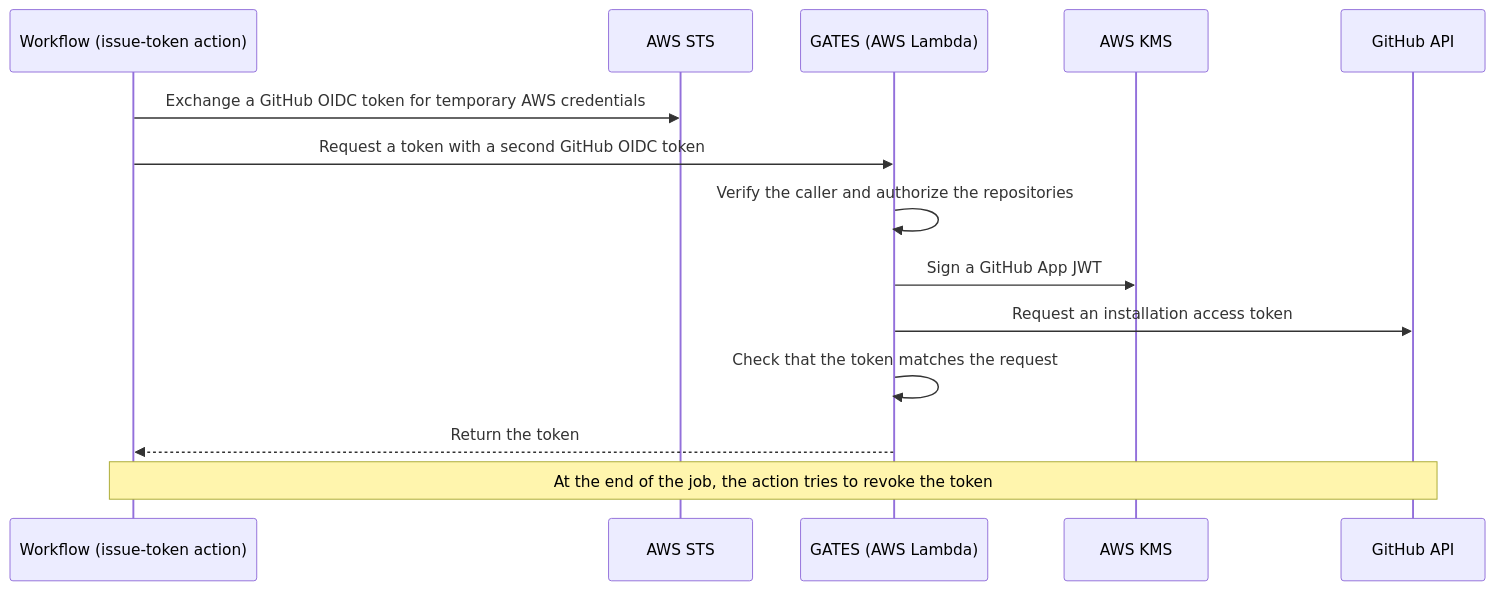
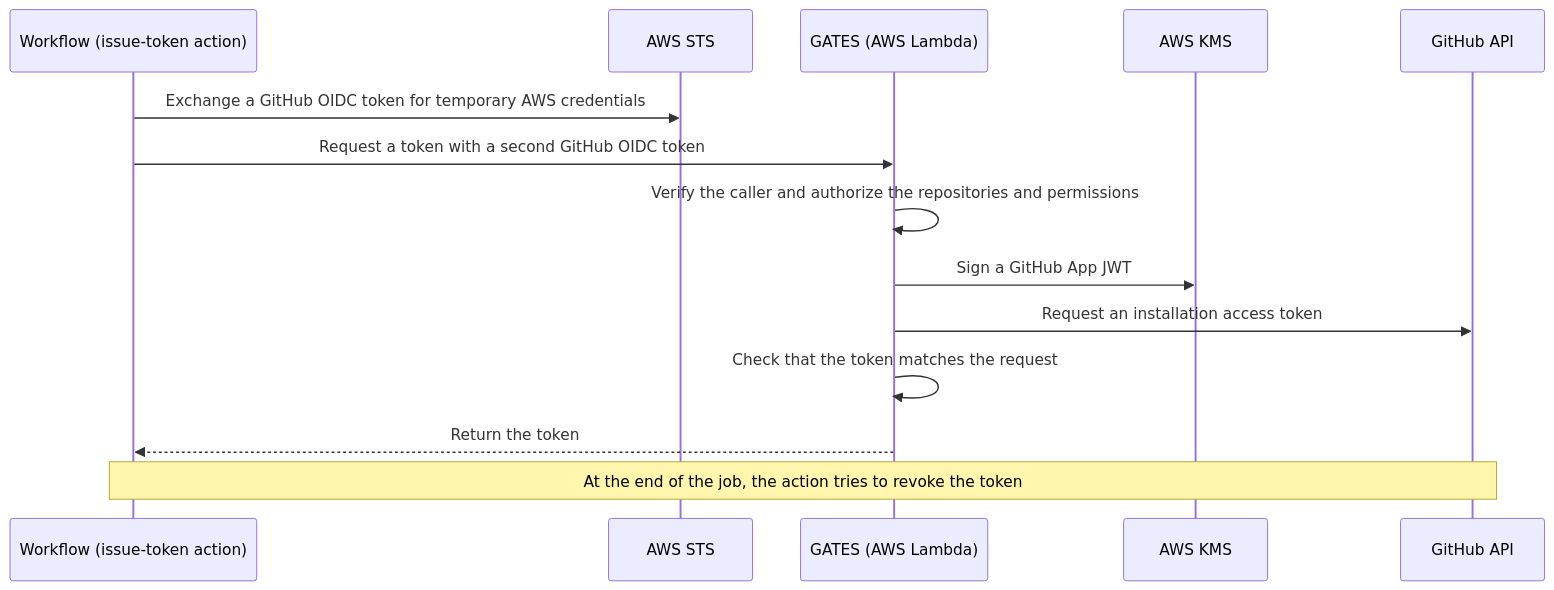
The diagram in README.md (tmknom/gates), drawn with Mermaid before and after one commit. The commit also changed other lines of this file and 13 other files, not shown here.

````diff
--- a/README.md
+++ b/README.md
@@ -30,17 +30,17 @@
 ```mermaid
 sequenceDiagram
     participant W as Workflow (issue-token action)
     participant S as AWS STS
     participant L as GATES (AWS Lambda)
     participant K as AWS KMS
     participant G as GitHub API
 
     W->>S: Exchange a GitHub OIDC token for temporary AWS credentials
     W->>L: Request a token with a second GitHub OIDC token
-    L->>L: Verify the caller and authorize the repositories
+    L->>L: Verify the caller and authorize the repositories and permissions
     L->>K: Sign a GitHub App JWT
     L->>G: Request an installation access token
     L->>L: Check that the token matches the request
     L-->>W: Return the token
     Note over W,G: At the end of the job, the action tries to revoke the token
 ```
````
